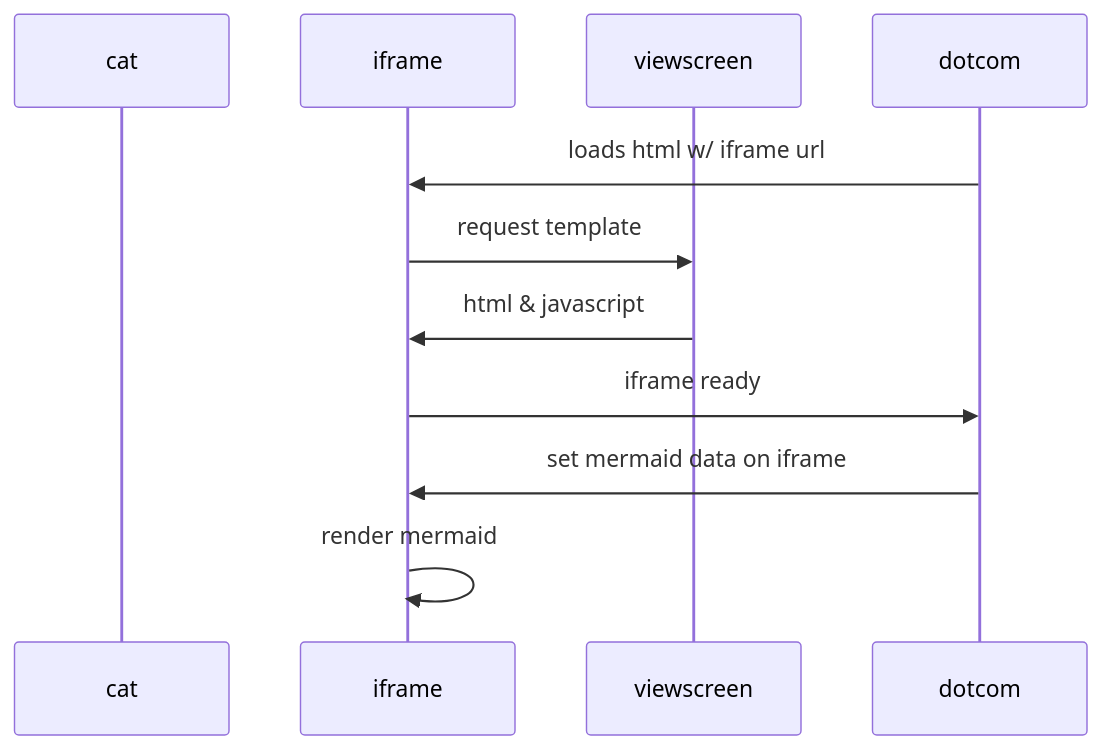
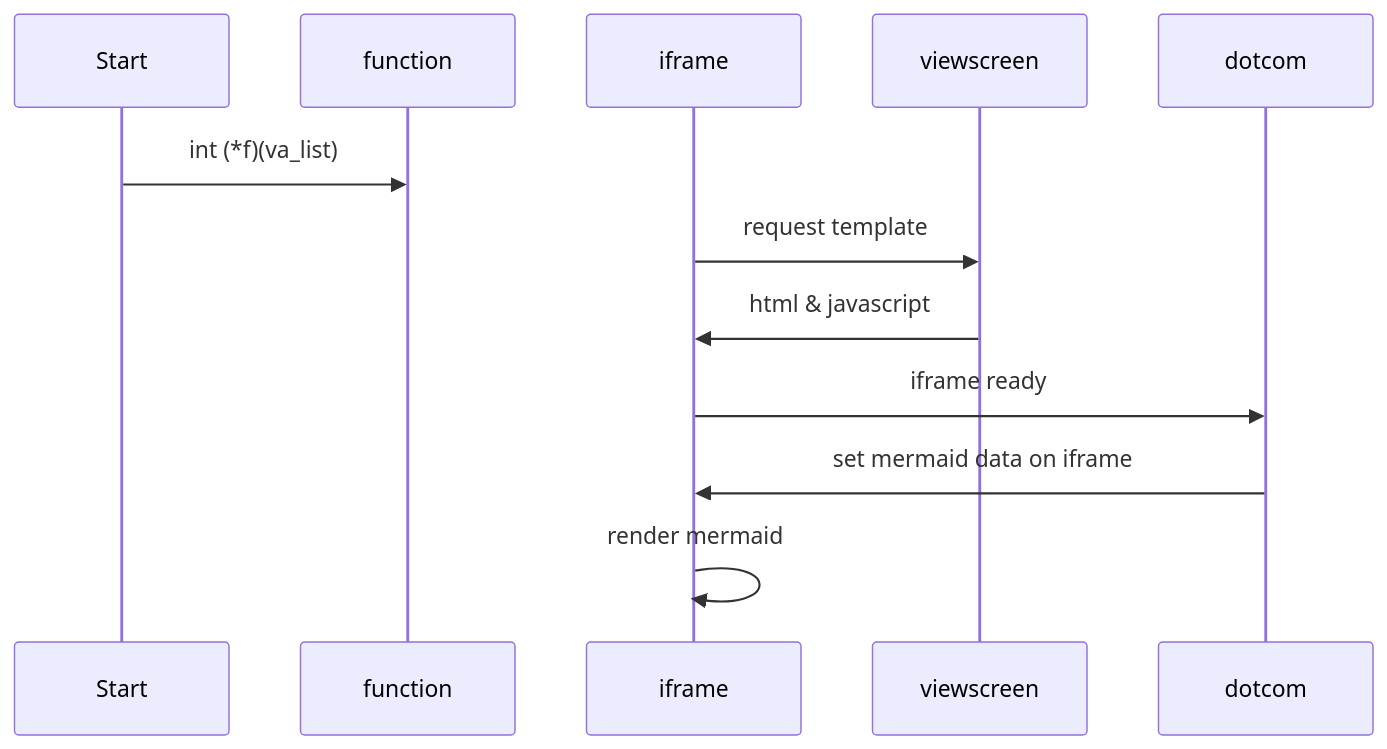
Before and after one commit to harishammache/holbertonschool-printf: the diagram in README.md, drawn with Mermaid. The commit also changed other lines of this file, not shown here.

Commit message:
README.md

````diff
--- a/README.md
+++ b/README.md
@@ -94,12 +96,11 @@
 ```mermaid
+
 sequenceDiagram
-    participant cat
-    participant iframe
-    participant viewscreen
-    dotcom->>iframe: loads html w/ iframe url
+    Start->> function:int (*f)(va_list)
+
     iframe->>viewscreen: request template
     viewscreen->>iframe: html & javascript
     iframe->>dotcom: iframe ready
     dotcom->>iframe: set mermaid data on iframe
     iframe->>iframe: render mermaid
 ```
````
